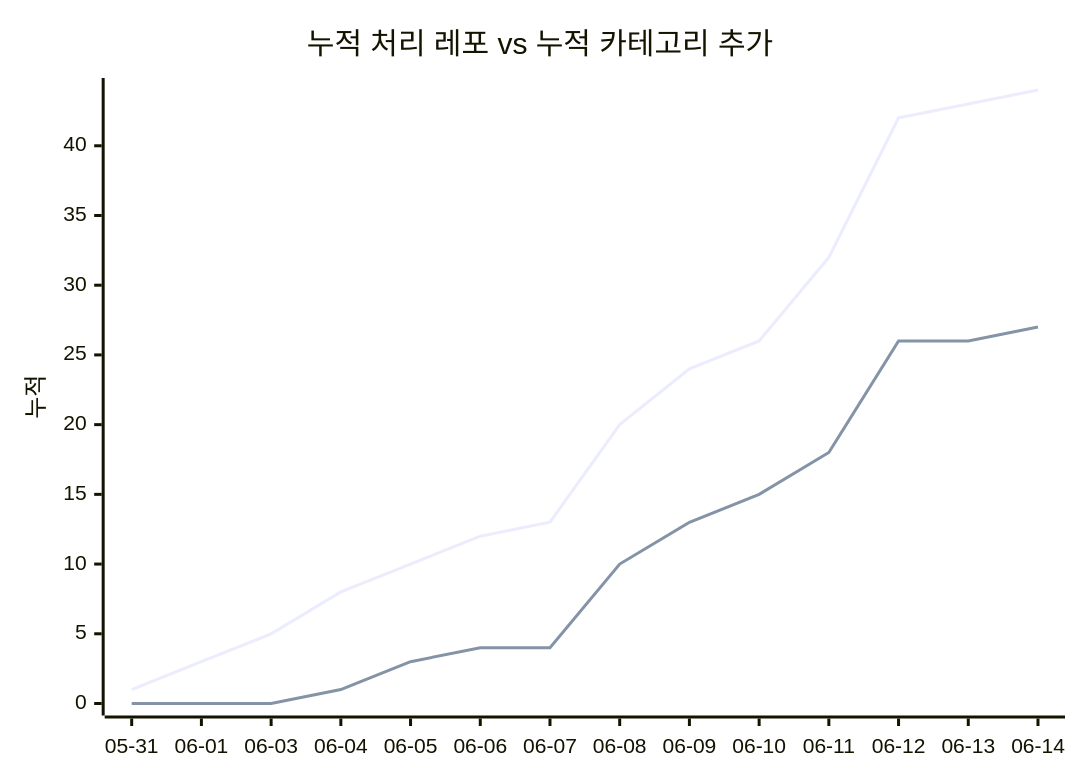
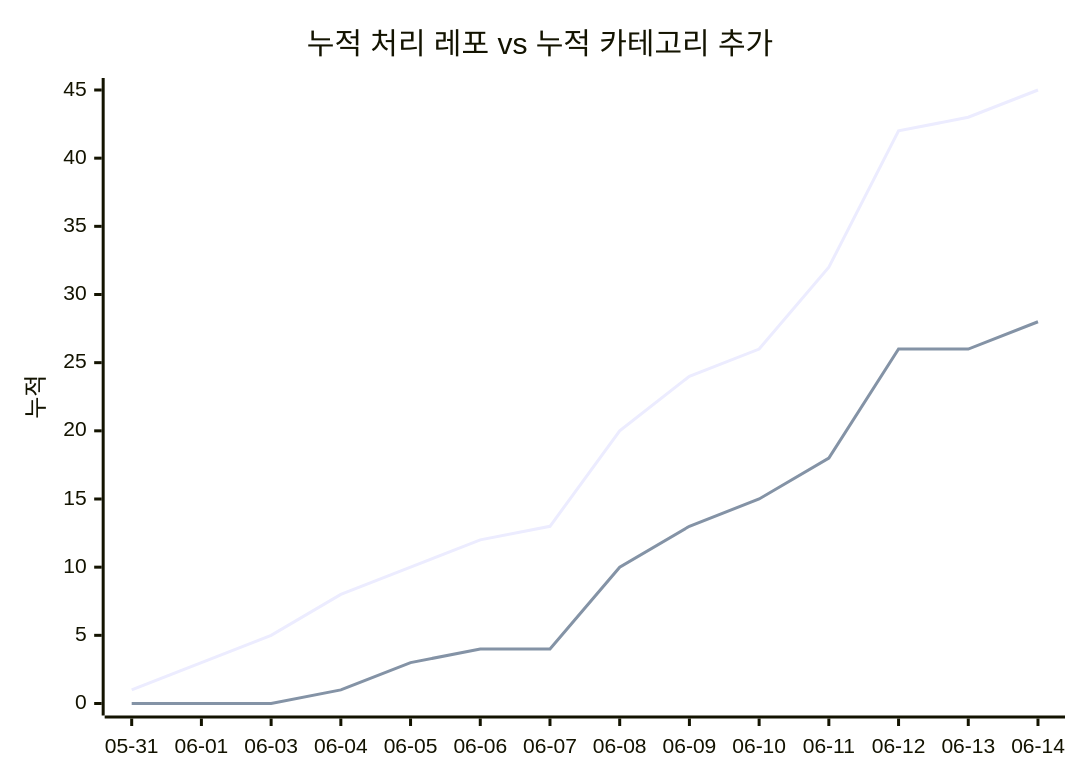
Before and after one commit to J-nowcow/awesome-korean-agent-skills: the second of 2 diagrams in docs/trends.md, drawn with Mermaid. The commit also changed other lines of this file and 4 other files, not shown here.

````diff
--- a/docs/trends.md
+++ b/docs/trends.md
@@ -68,8 +68,8 @@
 ```mermaid
 xychart-beta
     title "누적 처리 레포 vs 누적 카테고리 추가"
     x-axis ["05-31","06-01","06-03","06-04","06-05","06-06","06-07","06-08","06-09","06-10","06-11","06-12","06-13","06-14"]
     y-axis "누적"
-    line [1,3,5,8,10,12,13,20,24,26,32,42,43,44]
-    line [0,0,0,1,3,4,4,10,13,15,18,26,26,27]
+    line [1,3,5,8,10,12,13,20,24,26,32,42,43,45]
+    line [0,0,0,1,3,4,4,10,13,15,18,26,26,28]
 ```
````
